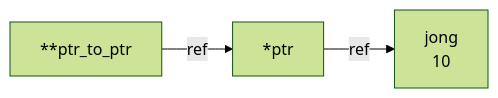
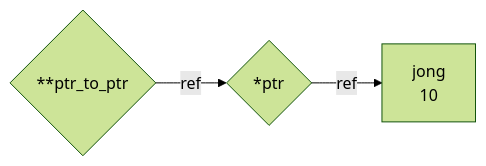
One commit to wgroeneveld/brainbaking changed the fifth of 6 diagrams in content/teaching/cpp/labo-2.md. Above: the diagram before and after it, drawn with Mermaid (forest theme). The commit also changed other lines of this file and 4 other files, not shown here.

```diff
--- a/content/teaching/cpp/labo-2.md
+++ b/content/teaching/cpp/labo-2.md
@@ -79,5 +106,5 @@
 {{<mermaid>}}
 graph LR;
-    A[**ptr_to_ptr] -->|ref| B[*ptr]
+    A{"**ptr_to_ptr"} -->|ref| B{"*ptr"}
     B --> |ref| C[jong<br/>10]
 {{< /mermaid >}}
```
